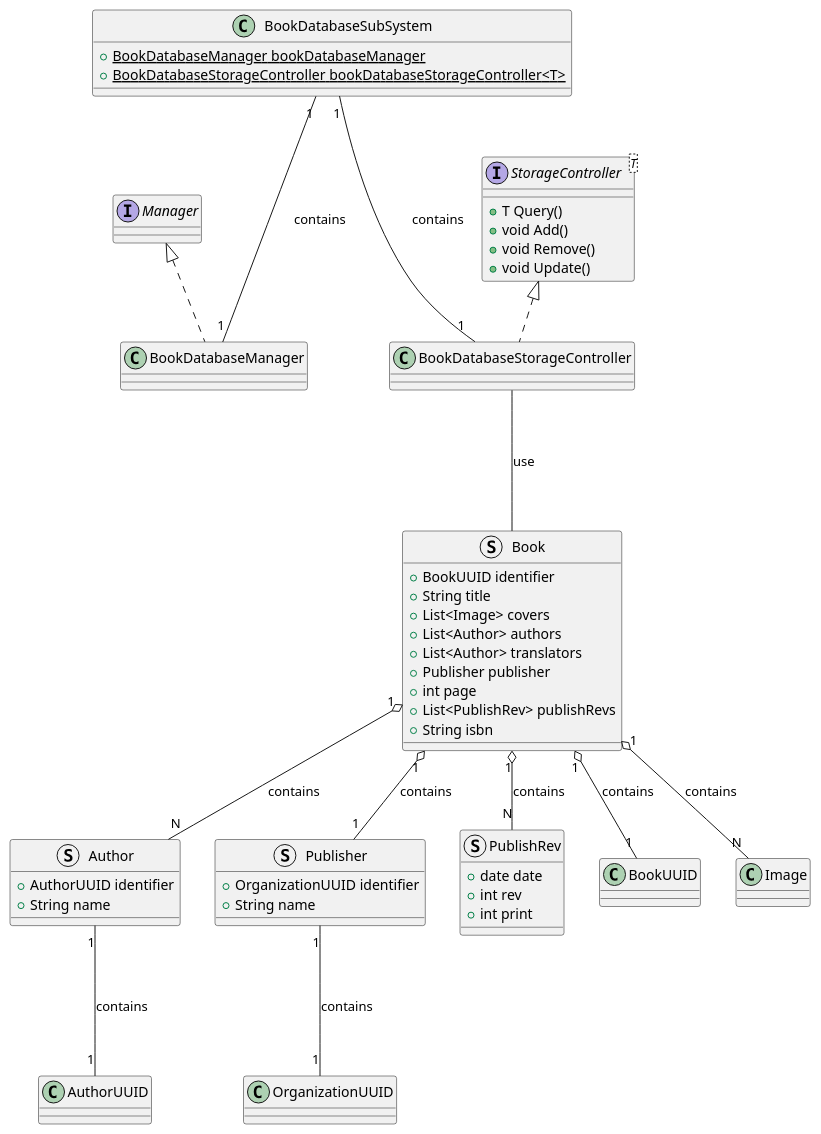
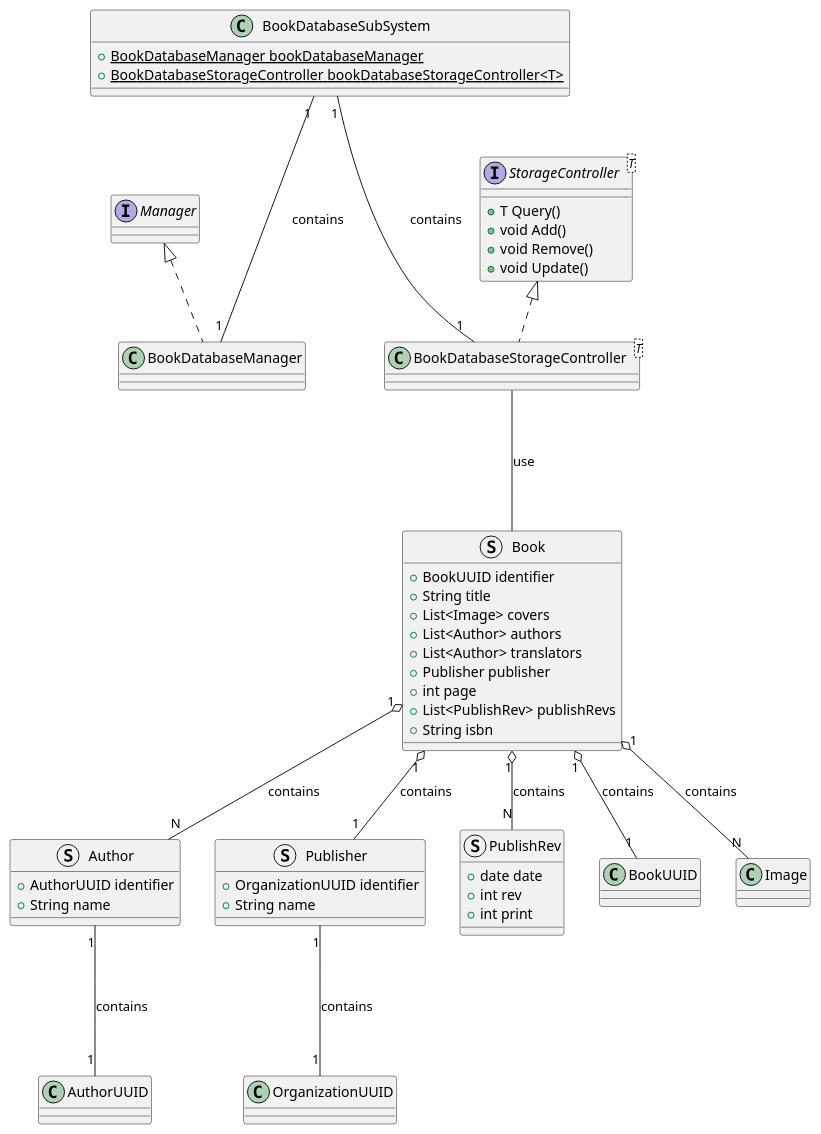
The diagram in src/BookDatabase.puml (ShapeLayer/se-lecture-task__project-structure-definitions), drawn with PlantUML before and after one commit. The commit also changed 15 other files, not shown here.

```diff
--- a/src/BookDatabase.puml
+++ b/src/BookDatabase.puml
@@ -1,60 +1,60 @@
 @startuml
 Interface Manager
 Interface StorageController<T> {
     + T Query()
     + void Add()
     + void Remove()
     + void Update()
 }
 
 struct Author {
     + AuthorUUID identifier
     + String name
 }
 Author "1" --- "1" AuthorUUID : contains
 
 struct Publisher {
     + OrganizationUUID identifier
     + String name
 }
 Publisher "1" --- "1" OrganizationUUID : contains
 
 struct PublishRev {
     + date date
     + int rev
     + int print
 }
 
 struct Book {
     + BookUUID identifier
     + String title
     + List<Image> covers
     + List<Author> authors
     + List<Author> translators
     + Publisher publisher
     + int page
     + List<PublishRev> publishRevs
     + String isbn
 }
 Book "1" o-- "1" BookUUID : contains
 Book "1" o-- "N" Image : contains
 Book "1" o-- "N" Author : contains
 Book "1" o-- "1" Publisher : contains
 Book "1" o-- "N" PublishRev : contains
 
 ' BookDatabaseSubSystem
 
 class BookDatabaseManager implements Manager {}
 
-class BookDatabaseStorageController implements StorageController {}
+class BookDatabaseStorageController<T> implements StorageController {}
 BookDatabaseStorageController --- Book : use
 
 class BookDatabaseSubSystem {
     + {static} BookDatabaseManager bookDatabaseManager
     + {static} BookDatabaseStorageController bookDatabaseStorageController<T>
 }
 
 BookDatabaseSubSystem "1" --- "1" BookDatabaseManager : contains
 BookDatabaseSubSystem "1" --- "1" BookDatabaseStorageController : contains
 
 @enduml
```
